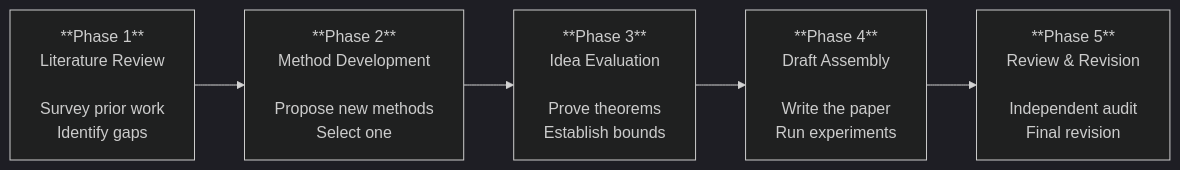
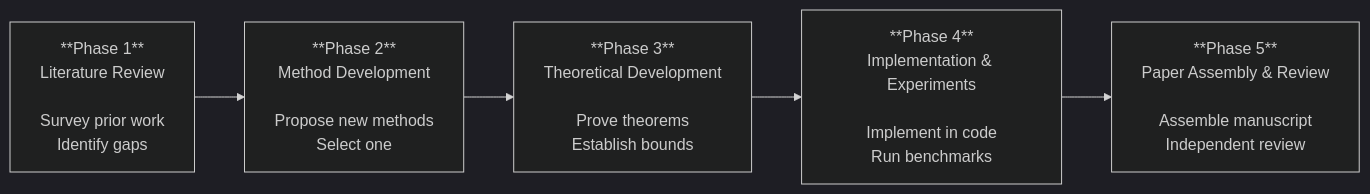
Before and after one commit to rqzhu-aide/research-hub: the first of 2 diagrams in website/docs/workflow/pipeline.md, drawn with Mermaid (dark theme). The commit also changed other lines of this file and 16 other files, not shown here.

````diff
--- a/website/docs/workflow/pipeline.md
+++ b/website/docs/workflow/pipeline.md
@@ -13,7 +13,7 @@
 ```mermaid
 flowchart LR
     P1["**Phase 1**<br/>Literature Review<br/><br/>Survey prior work<br/>Identify gaps"] --> P2["**Phase 2**<br/>Method Development<br/><br/>Propose new methods<br/>Select one"]
-    P2 --> P3["**Phase 3**<br/>Idea Evaluation<br/><br/>Prove theorems<br/>Establish bounds"]
-    P3 --> P4["**Phase 4**<br/>Draft Assembly<br/><br/>Write the paper<br/>Run experiments"]
-    P4 --> P5["**Phase 5**<br/>Review & Revision<br/><br/>Independent audit<br/>Final revision"]
+    P2 --> P3["**Phase 3**<br/>Theoretical Development<br/><br/>Prove theorems<br/>Establish bounds"]
+    P3 --> P4["**Phase 4**<br/>Implementation & Experiments<br/><br/>Implement in code<br/>Run benchmarks"]
+    P4 --> P5["**Phase 5**<br/>Paper Assembly & Review<br/><br/>Assemble manuscript<br/>Independent review"]
 ```
````
